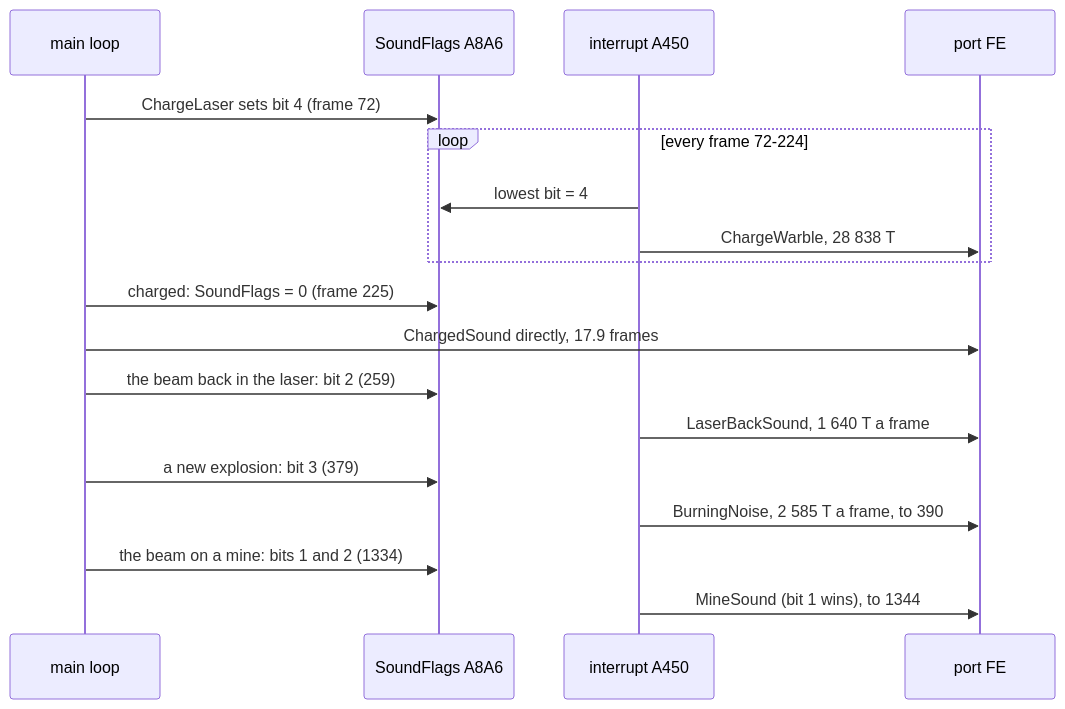
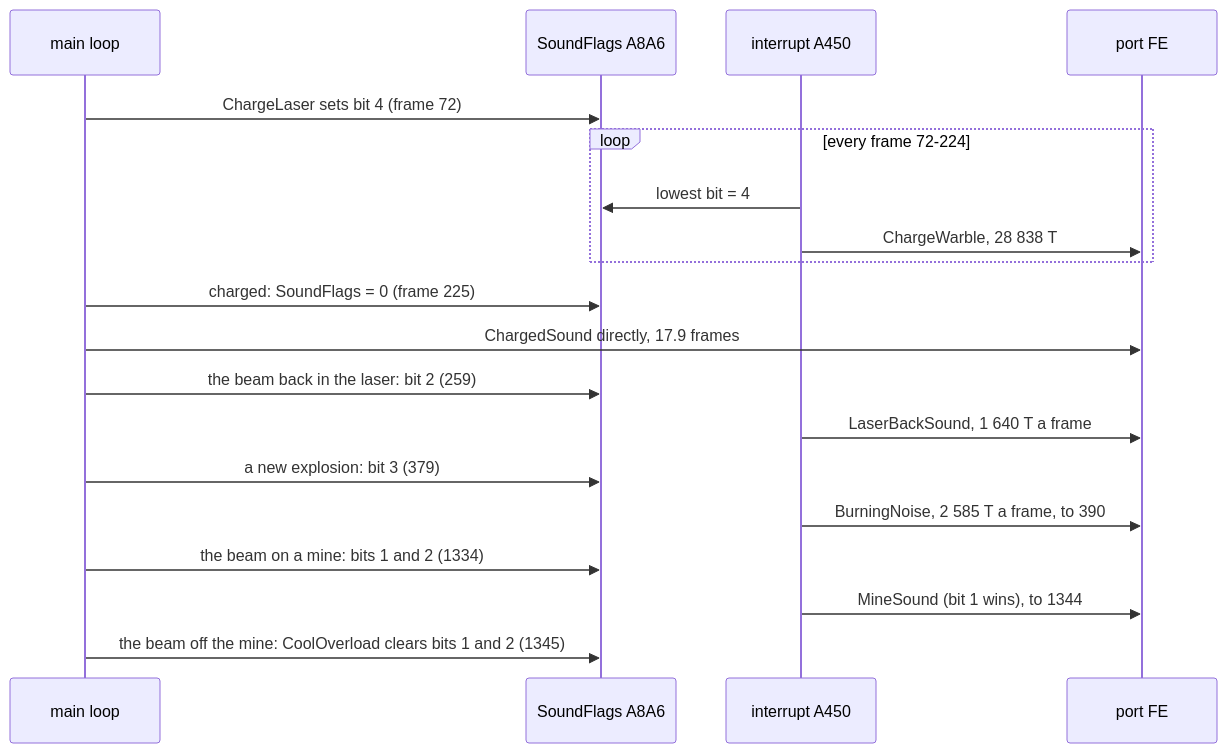
The second of 2 diagrams in games/deflektor/docs/09-sound.md (alfishe/unrealng-reverse-cases), drawn with Mermaid before and after one commit. The commit also changed other lines of this file and 26 other files, not shown here.

````diff
--- a/games/deflektor/docs/09-sound.md
+++ b/games/deflektor/docs/09-sound.md
@@ -361,20 +361,21 @@
 ```mermaid
 sequenceDiagram
     participant Main as main loop
     participant Flags as SoundFlags A8A6
     participant Irq as interrupt A450
     participant Spk as port FE
     Main->>Flags: ChargeLaser sets bit 4 (frame 72)
     loop every frame 72-224
         Irq->>Flags: lowest bit = 4
         Irq->>Spk: ChargeWarble, 28 838 T
     end
     Main->>Flags: charged: SoundFlags = 0 (frame 225)
     Main->>Spk: ChargedSound directly, 17.9 frames
     Main->>Flags: the beam back in the laser: bit 2 (259)
     Irq->>Spk: LaserBackSound, 1 640 T a frame
     Main->>Flags: a new explosion: bit 3 (379)
     Irq->>Spk: BurningNoise, 2 585 T a frame, to 390
     Main->>Flags: the beam on a mine: bits 1 and 2 (1334)
     Irq->>Spk: MineSound (bit 1 wins), to 1344
+    Main->>Flags: the beam off the mine: CoolOverload clears bits 1 and 2 (1345)
 ```
````
